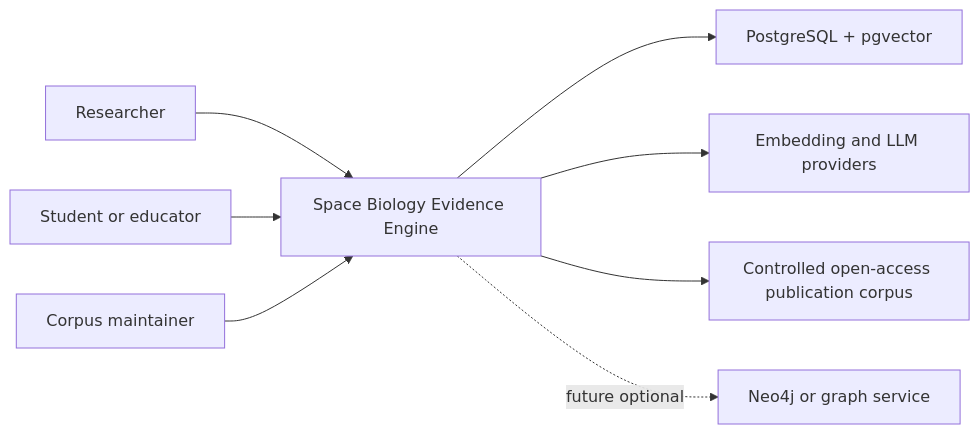
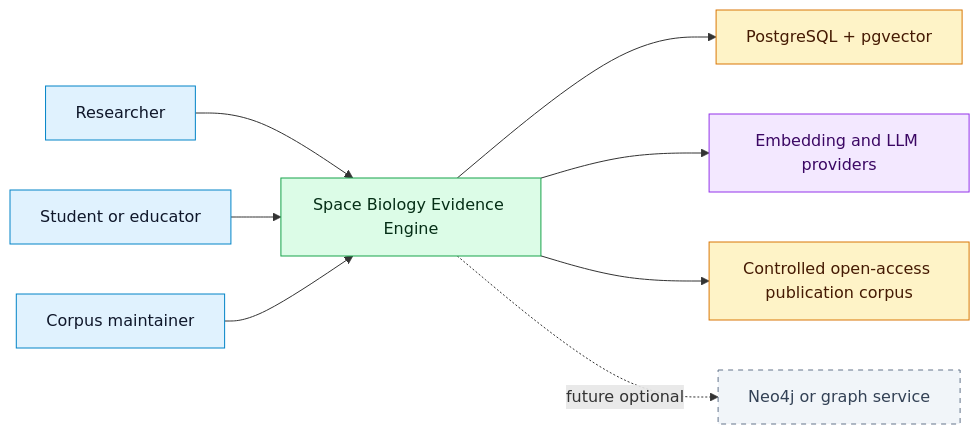
One commit to bluefate/spacebio-evidence-engine changed the diagram in docs/architecture/SYSTEM_CONTEXT.md. Above: the diagram before and after it, drawn with Mermaid. The commit also changed 24 other files, not shown here.

````diff
--- a/docs/architecture/SYSTEM_CONTEXT.md
+++ b/docs/architecture/SYSTEM_CONTEXT.md
@@ -13,10 +13,22 @@
 ```mermaid
 flowchart LR
   Researcher["Researcher"] --> App["Space Biology Evidence Engine"]
   Student["Student or educator"] --> App
   Maintainer["Corpus maintainer"] --> App
   App --> DB["PostgreSQL + pgvector"]
   App --> Models["Embedding and LLM providers"]
   App --> Corpus["Controlled open-access publication corpus"]
   App -. "future optional" .-> Graph["Neo4j or graph service"]
+
+  classDef user fill:#E0F2FE,stroke:#0284C7,color:#0F172A
+  classDef app fill:#DCFCE7,stroke:#16A34A,color:#052E16
+  classDef data fill:#FEF3C7,stroke:#D97706,color:#451A03
+  classDef provider fill:#F3E8FF,stroke:#9333EA,color:#3B0764
+  classDef future fill:#F1F5F9,stroke:#64748B,stroke-dasharray: 5 5,color:#334155
+
+  class Researcher,Student,Maintainer user
+  class App app
+  class DB,Corpus data
+  class Models provider
+  class Graph future
 ```
````
